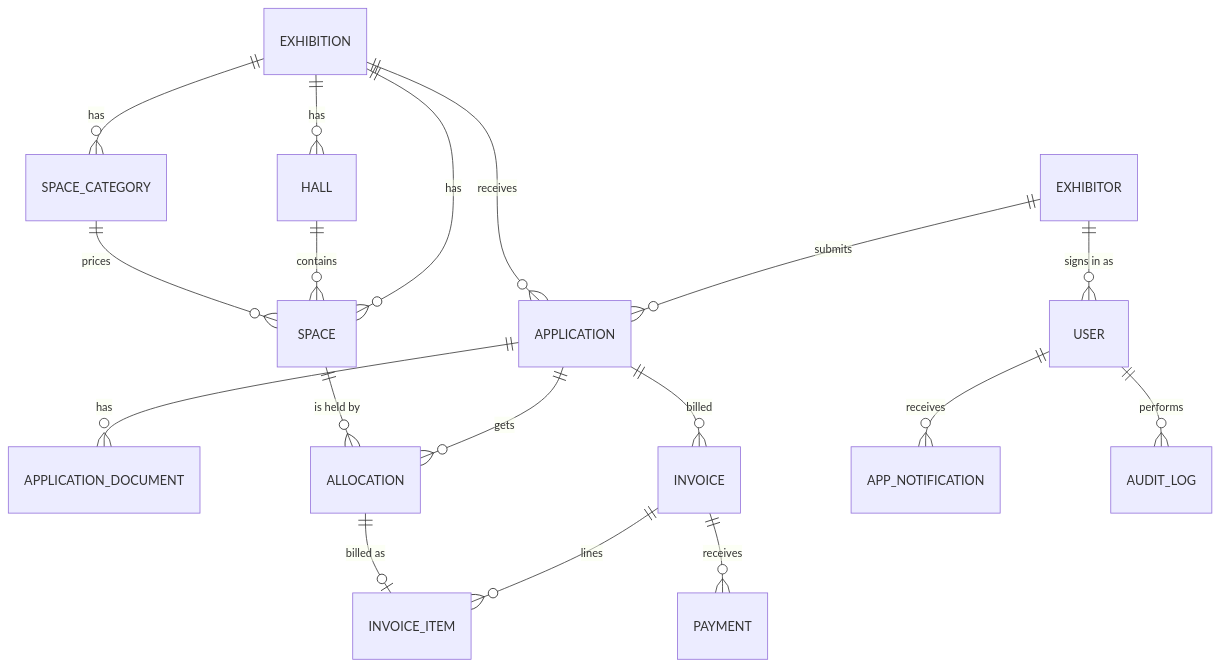
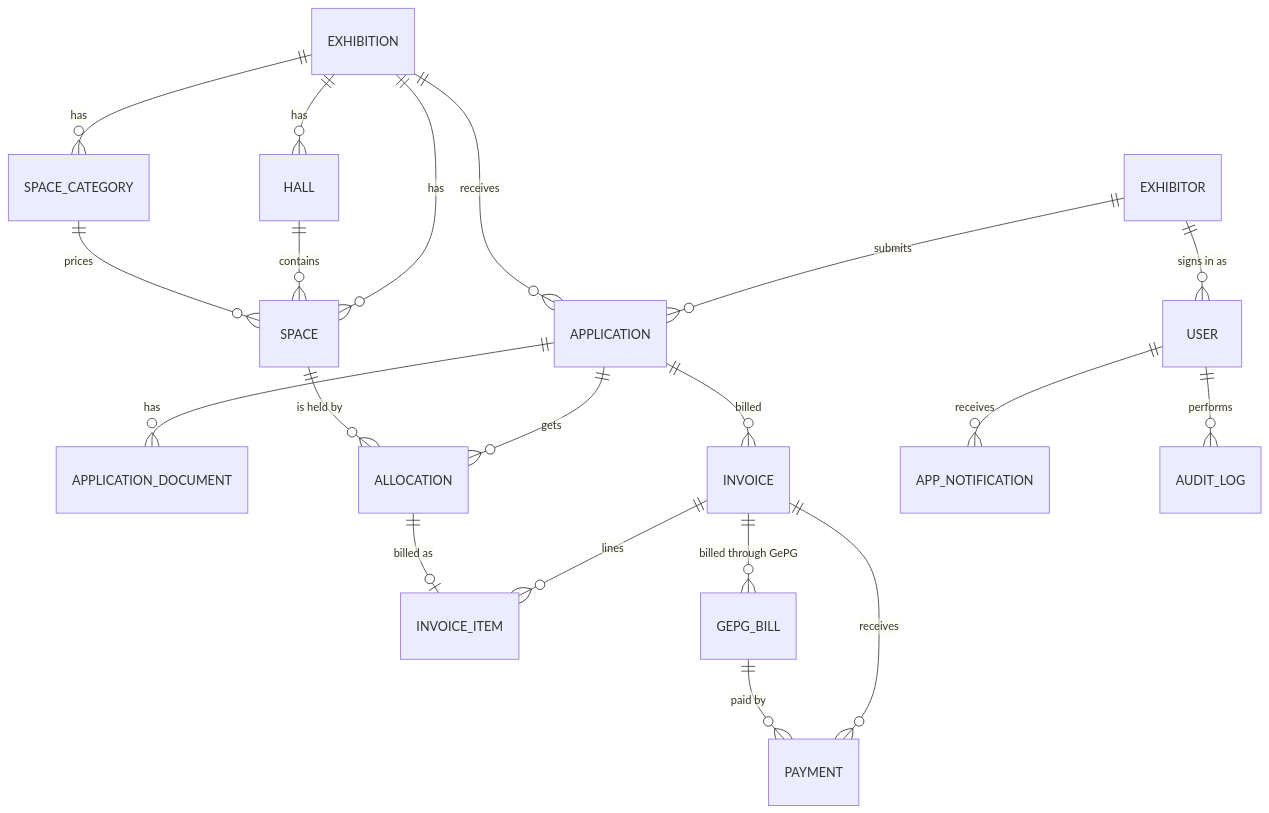
The diagram in docs/04-data-dictionary.md (geita2026/geita), drawn with Mermaid before and after one commit. The commit also changed other lines of this file and 58 other files, not shown here.

````diff
--- a/docs/04-data-dictionary.md
+++ b/docs/04-data-dictionary.md
@@ -5,20 +5,22 @@
 ```mermaid
 erDiagram
   EXHIBITION ||--o{ HALL : has
   EXHIBITION ||--o{ SPACE_CATEGORY : has
   EXHIBITION ||--o{ SPACE : has
   HALL ||--o{ SPACE : contains
   SPACE_CATEGORY ||--o{ SPACE : prices
   EXHIBITOR ||--o{ USER : "signs in as"
   EXHIBITOR ||--o{ APPLICATION : submits
   EXHIBITION ||--o{ APPLICATION : receives
   APPLICATION ||--o{ APPLICATION_DOCUMENT : has
   APPLICATION ||--o{ ALLOCATION : gets
   SPACE ||--o{ ALLOCATION : "is held by"
   APPLICATION ||--o{ INVOICE : billed
   INVOICE ||--o{ INVOICE_ITEM : lines
   ALLOCATION ||--o| INVOICE_ITEM : "billed as"
   INVOICE ||--o{ PAYMENT : receives
+  INVOICE ||--o{ GEPG_BILL : "billed through GePG"
+  GEPG_BILL ||--o{ PAYMENT : "paid by"
   USER ||--o{ APP_NOTIFICATION : receives
   USER ||--o{ AUDIT_LOG : performs
 ```
````
